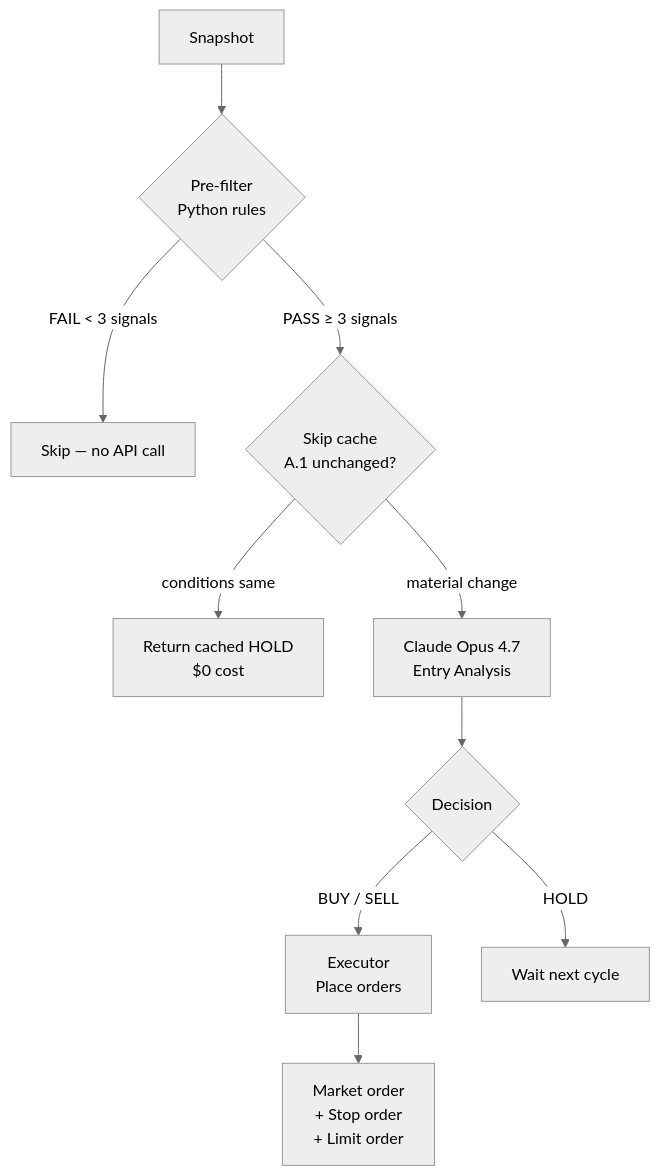
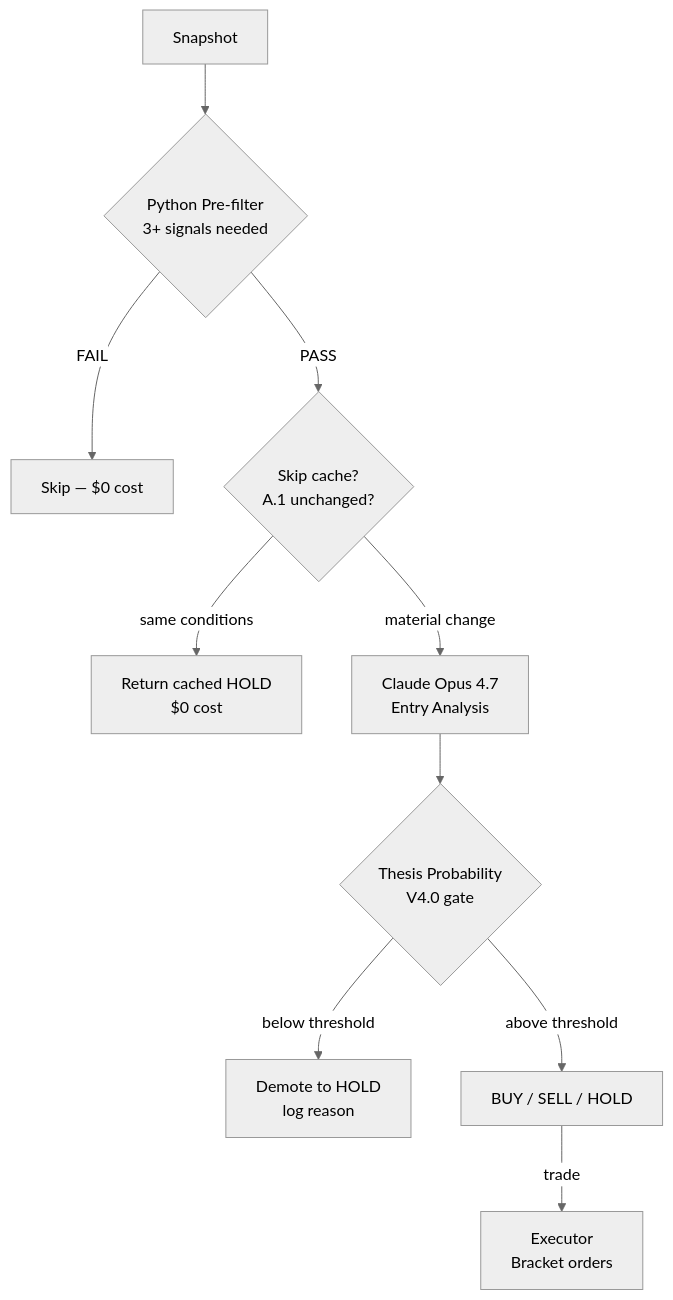
One commit to fgomecs/mnq-ai-trader changed the third of 7 diagrams in README.md. Above: the diagram before and after it, drawn with Mermaid (neutral theme). The commit also changed other lines of this file and 1 other file, not shown here.

Commit message:
V4.1.1 — Mobile dashboard, IBKR QQQ news, market status bar, clock fix, full README rewrite

````diff
--- a/README.md
+++ b/README.md
@@ -108,12 +110,12 @@
 ```mermaid
 flowchart TD
-    SNAP[Snapshot] --> PF{Pre-filter\nPython rules}
-    PF -->|FAIL < 3 signals| SKIP[Skip — no API call]
-    PF -->|PASS ≥ 3 signals| SKIP2{Skip cache\nA.1 unchanged?}
-    SKIP2 -->|conditions same| CACHED[Return cached HOLD\n$0 cost]
-    SKIP2 -->|material change| OPUS[Claude Opus 4.7\nEntry Analysis]
-    OPUS --> DEC{Decision}
-    DEC -->|BUY / SELL| EXEC[Executor\nPlace orders]
-    DEC -->|HOLD| WAIT[Wait next cycle]
-    EXEC --> BRACKET[Market order\n+ Stop order\n+ Limit order]
+    SNAP[Snapshot] --> PF{Python Pre-filter\n3+ signals needed}
+    PF -->|FAIL| SKIP[Skip — $0 cost]
+    PF -->|PASS| CACHE{Skip cache?\nA.1 unchanged?}
+    CACHE -->|same conditions| HOLD0[Return cached HOLD\n$0 cost]
+    CACHE -->|material change| OPUS[Claude Opus 4.7\nEntry Analysis]
+    OPUS --> PROB{Thesis Probability\nV4.0 gate}
+    PROB -->|below threshold| DEMOTE[Demote to HOLD\nlog reason]
+    PROB -->|above threshold| DEC[BUY / SELL / HOLD]
+    DEC -->|trade| EXEC[Executor\nBracket orders]
 ```
````
